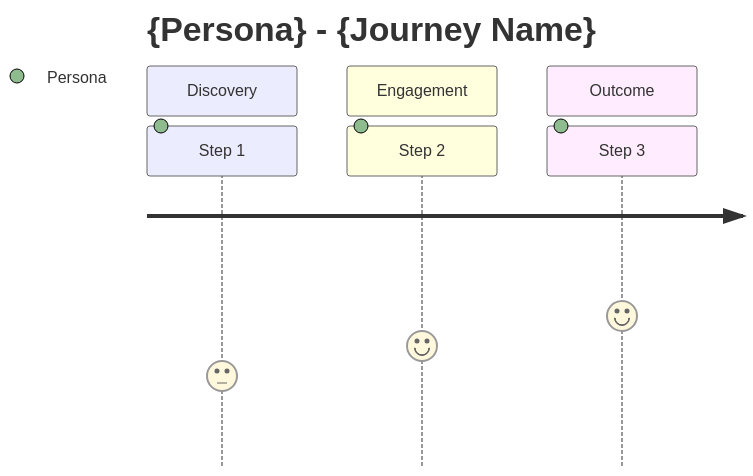
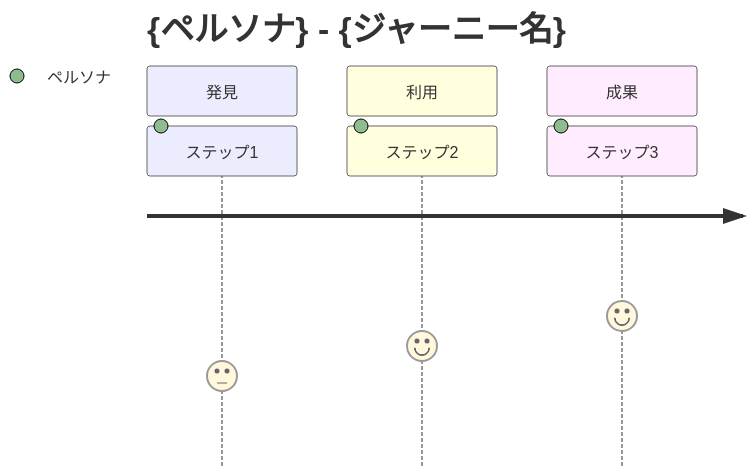
Before and after one commit to DIO0550/d-market: the first of 2 diagrams in plugins/spec-plugin/skills/feature-spec/assets/templates/prd.md, drawn with Mermaid. The commit also changed other lines of this file and 16 other files, not shown here.

````diff
--- a/plugins/spec-plugin/skills/feature-spec/assets/templates/prd.md
+++ b/plugins/spec-plugin/skills/feature-spec/assets/templates/prd.md
@@ -51,10 +51,10 @@
 ```mermaid
 journey
-    title {Persona} - {Journey Name}
-    section Discovery
-      Step 1: 3: Persona
-    section Engagement
-      Step 2: 4: Persona
-    section Outcome
-      Step 3: 5: Persona
+    title {ペルソナ} - {ジャーニー名}
+    section 発見
+      ステップ1: 3: ペルソナ
+    section 利用
+      ステップ2: 4: ペルソナ
+    section 成果
+      ステップ3: 5: ペルソナ
 ```
````
